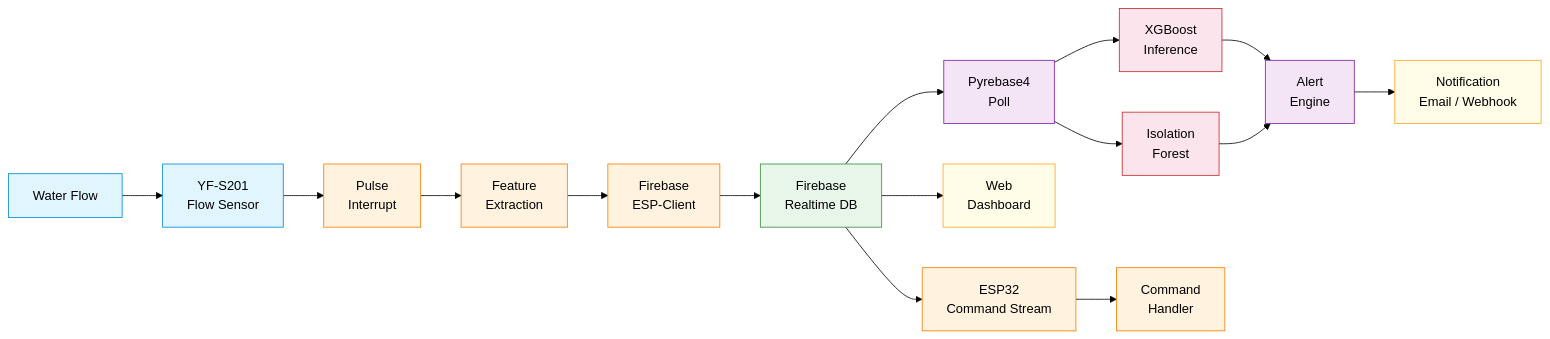
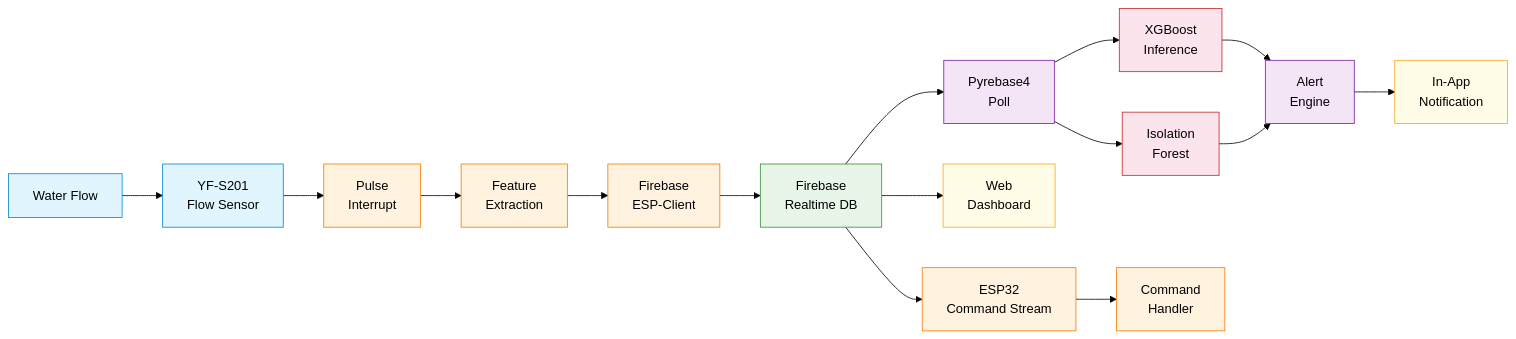
The eighth of 8 diagrams in docs/flowchart.md (qppd/water-meter), drawn with Mermaid (forest theme) before and after one commit. The commit also changed other lines of this file and 3 other files, not shown here.

First line of the commit message:
docs: remove email/webhook, use only in-app + webhook notifications

````diff
--- a/docs/flowchart.md
+++ b/docs/flowchart.md
@@ -305,37 +305,37 @@
 ```mermaid
 flowchart LR
     A[ Water Flow]:::physical --> B[ YF-S201
 Flow Sensor]:::physical
     B --> C[ Pulse
 Interrupt]:::firmware
     C --> D[ Feature
 Extraction]:::firmware
     D --> E[ Firebase
 ESP-Client]:::firmware
     E --> F[ Firebase
 Realtime DB]:::cloud
     F --> G[ Pyrebase4
 Poll]:::backend
     G --> H[ XGBoost
 Inference]:::ml
     G --> I[ Isolation
 Forest]:::ml
     H --> J[ Alert
 Engine]:::backend
     I --> J
-    J --> K[ Notification
-Email / Webhook]:::user
+    J --> K[ In-App
+Notification]:::user
     F --> L[ Web
 Dashboard]:::user
     F --> M[ ESP32
 Command Stream]:::firmware
     M --> N[ Command
 Handler]:::firmware
     
     classDef physical fill:#e1f5fe,stroke:#0288d1
     classDef firmware fill:#fff3e0,stroke:#f57c00
     classDef cloud fill:#e8f5e9,stroke:#388e3c
     classDef backend fill:#f3e5f5,stroke:#7b1fa2
     classDef ml fill:#fce4ec,stroke:#c62828
     classDef user fill:#fffde7,stroke:#f9a825
 ```
````
